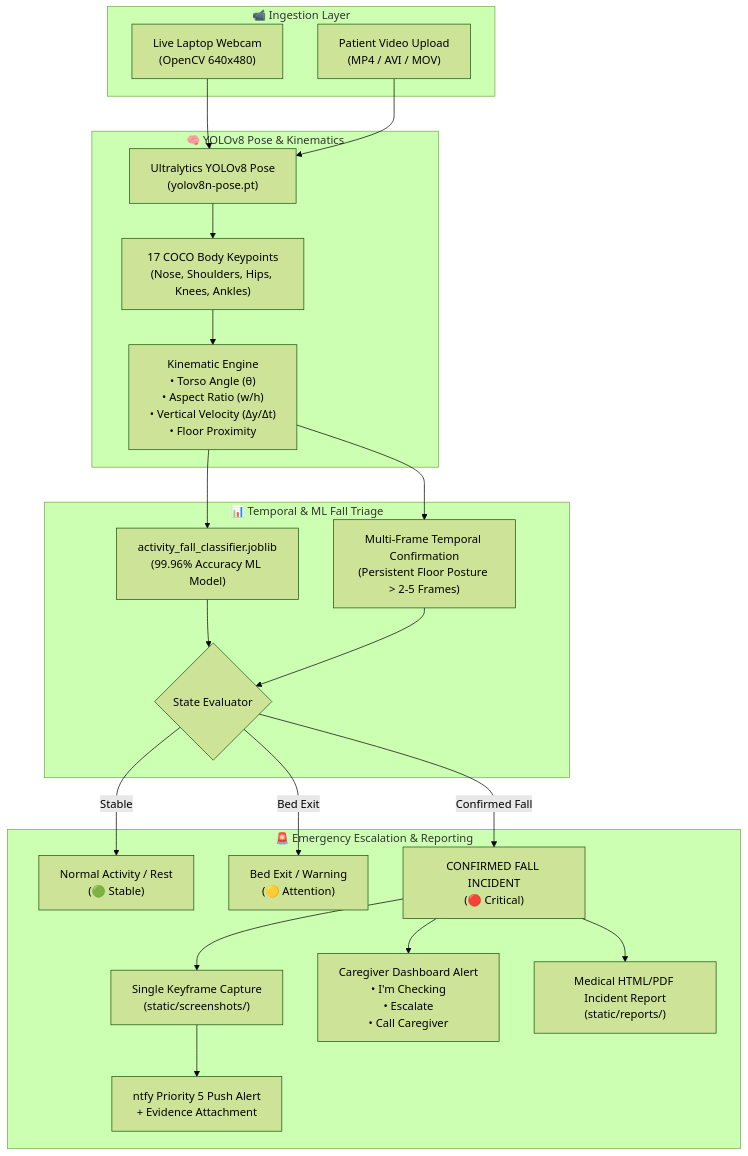
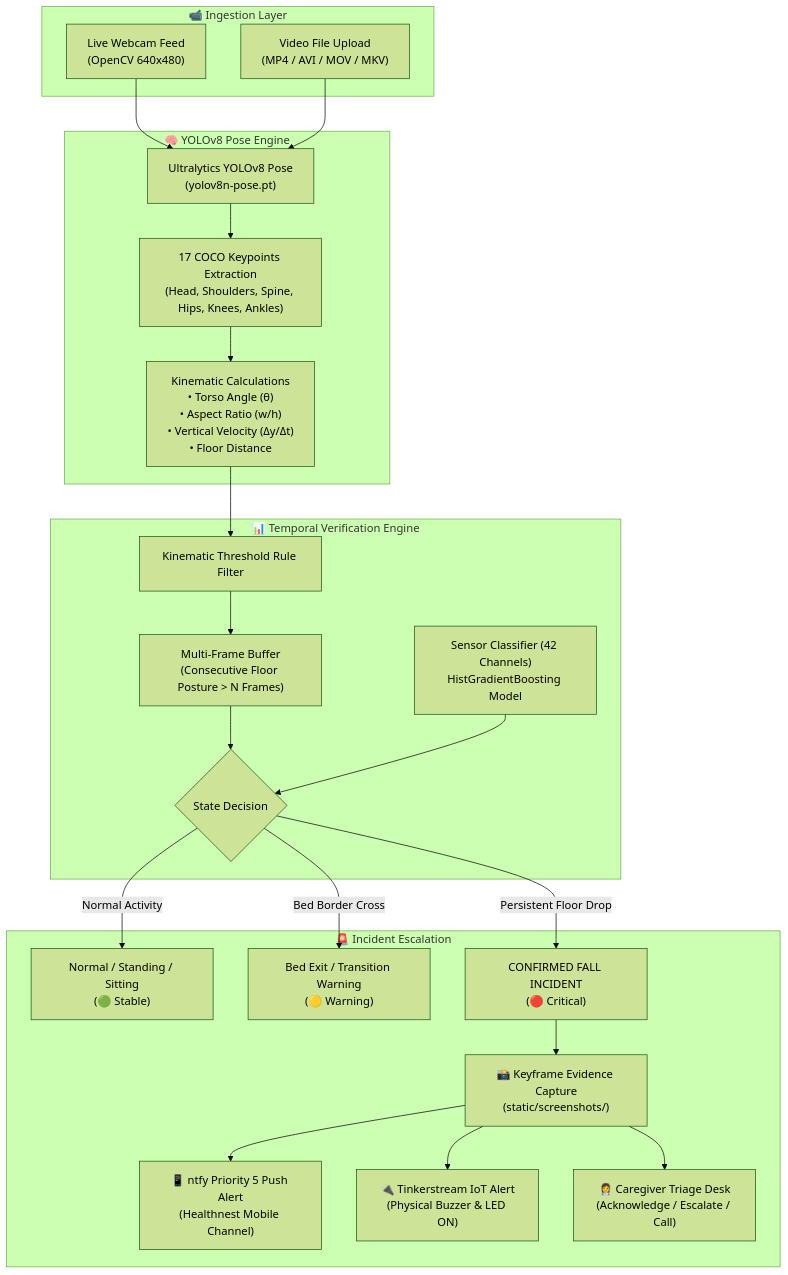
Before and after one commit to Yogesh-kadwe/Recover-AI: the first of 2 diagrams in README.md, drawn with Mermaid (forest theme). The commit also changed other lines of this file, not shown here.

````diff
--- a/README.md
+++ b/README.md
@@ -44,40 +72,43 @@
 ```mermaid
 flowchart TD
     subgraph INGESTION["📹 Ingestion Layer"]
-        A1["Live Laptop Webcam<br/>(OpenCV 640x480)"]
-        A2["Patient Video Upload<br/>(MP4 / AVI / MOV)"]
+        A1["Live Webcam Feed<br/>(OpenCV 640x480)"]
+        A2["Video File Upload<br/>(MP4 / AVI / MOV / MKV)"]
     end
 
-    subgraph VISION["🧠 YOLOv8 Pose & Kinematics"]
+    subgraph VISION["🧠 YOLOv8 Pose Engine"]
         B1["Ultralytics YOLOv8 Pose<br/>(yolov8n-pose.pt)"]
-        B2["17 COCO Body Keypoints<br/>(Nose, Shoulders, Hips, Knees, Ankles)"]
-        B3["Kinematic Engine<br/>• Torso Angle (θ)<br/>• Aspect Ratio (w/h)<br/>• Vertical Velocity (Δy/Δt)<br/>• Floor Proximity"]
+        B2["17 COCO Keypoints Extraction<br/>(Head, Shoulders, Spine, Hips, Knees, Ankles)"]
+        B3["Kinematic Calculations<br/>• Torso Angle (θ)<br/>• Aspect Ratio (w/h)<br/>• Vertical Velocity (Δy/Δt)<br/>• Floor Distance"]
     end
 
-    subgraph CLASSIFIER["📊 Temporal & ML Fall Triage"]
-        C1["activity_fall_classifier.joblib<br/>(99.96% Accuracy ML Model)"]
-        C2["Multi-Frame Temporal Confirmation<br/>(Persistent Floor Posture > 2-5 Frames)"]
-        C3{"State Evaluator"}
+    subgraph TEMPORAL["📊 Temporal Verification Engine"]
+        C1["Kinematic Threshold Rule Filter"]
+        C2["Multi-Frame Buffer<br/>(Consecutive Floor Posture > N Frames)"]
+        C3["Sensor Classifier (42 Channels)<br/>HistGradientBoosting Model"]
+        C4{"State Decision"}
     end
 
-    subgraph DISPATCH["🚨 Emergency Escalation & Reporting"]
-        D1["Normal Activity / Rest<br/>(🟢 Stable)"]
-        D2["Bed Exit / Warning<br/>(🟡 Attention)"]
+    subgraph ACTIONS["🚨 Incident Escalation"]
+        D1["Normal / Standing / Sitting<br/>(🟢 Stable)"]
+        D2["Bed Exit / Transition Warning<br/>(🟡 Warning)"]
         D3["CONFIRMED FALL INCIDENT<br/>(🔴 Critical)"]
-        E1["Single Keyframe Capture<br/>(static/screenshots/)"]
-        E2["ntfy Priority 5 Push Alert<br/>+ Evidence Attachment"]
-        E3["Caregiver Dashboard Alert<br/>• I'm Checking<br/>• Escalate<br/>• Call Caregiver"]
-        E4["Medical HTML/PDF Incident Report<br/>(static/reports/)"]
+        E1["📸 Keyframe Evidence Capture<br/>(static/screenshots/)"]
+        E2["📱 ntfy Priority 5 Push Alert<br/>(Healthnest Mobile Channel)"]
+        E3["🔌 Tinkerstream IoT Alert<br/>(Physical Buzzer & LED ON)"]
+        E4["👩‍⚕️ Caregiver Triage Desk<br/>(Acknowledge / Escalate / Call)"]
     end
 
     A1 --> B1
     A2 --> B1
     B1 --> B2 --> B3
-    B3 --> C1 & C2 --> C3
-    C3 -->|Stable| D1
-    C3 -->|Bed Exit| D2
-    C3 -->|Confirmed Fall| D3
-    D3 --> E1 --> E2
-    D3 --> E3
-    D3 --> E4
+    B3 --> C1 --> C2 --> C4
+    C3 --> C4
+    C4 -->|Normal Activity| D1
+    C4 -->|Bed Border Cross| D2
+    C4 -->|Persistent Floor Drop| D3
+    D3 --> E1
+    E1 --> E2
+    E1 --> E3
+    E1 --> E4
 ```
````
